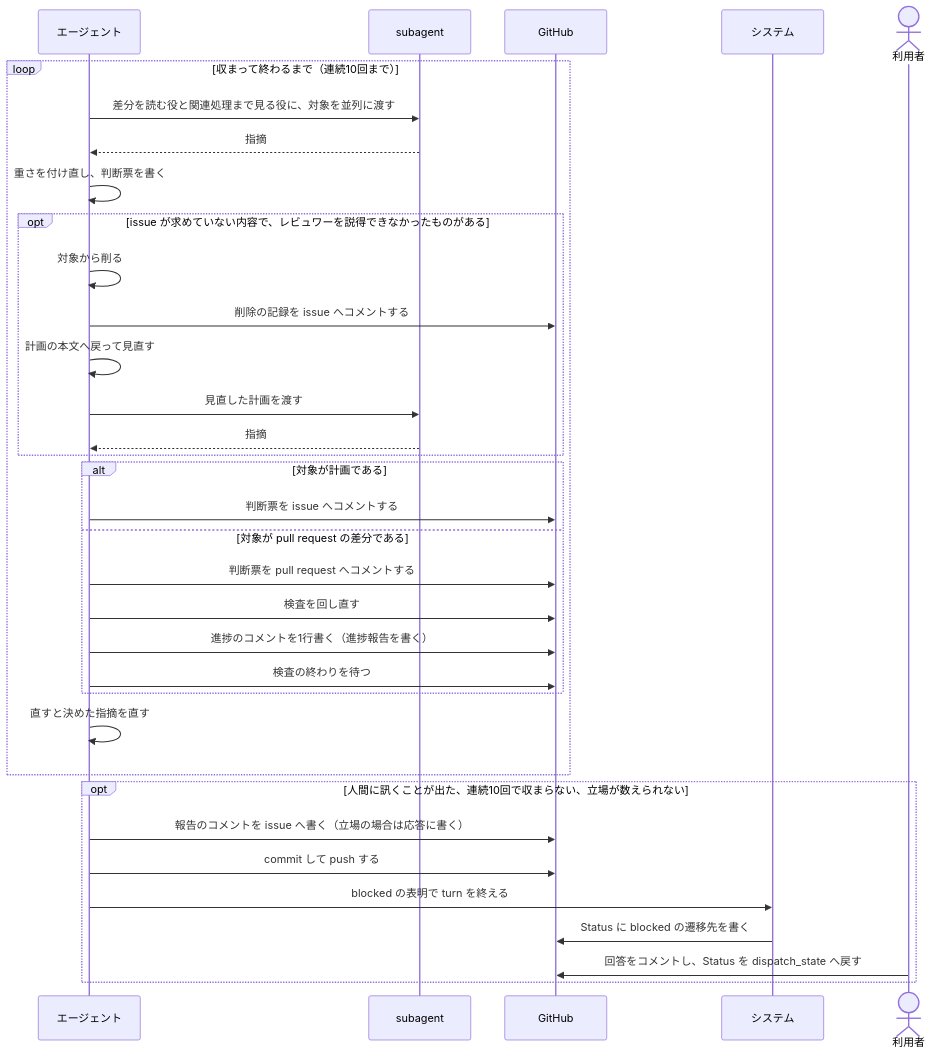
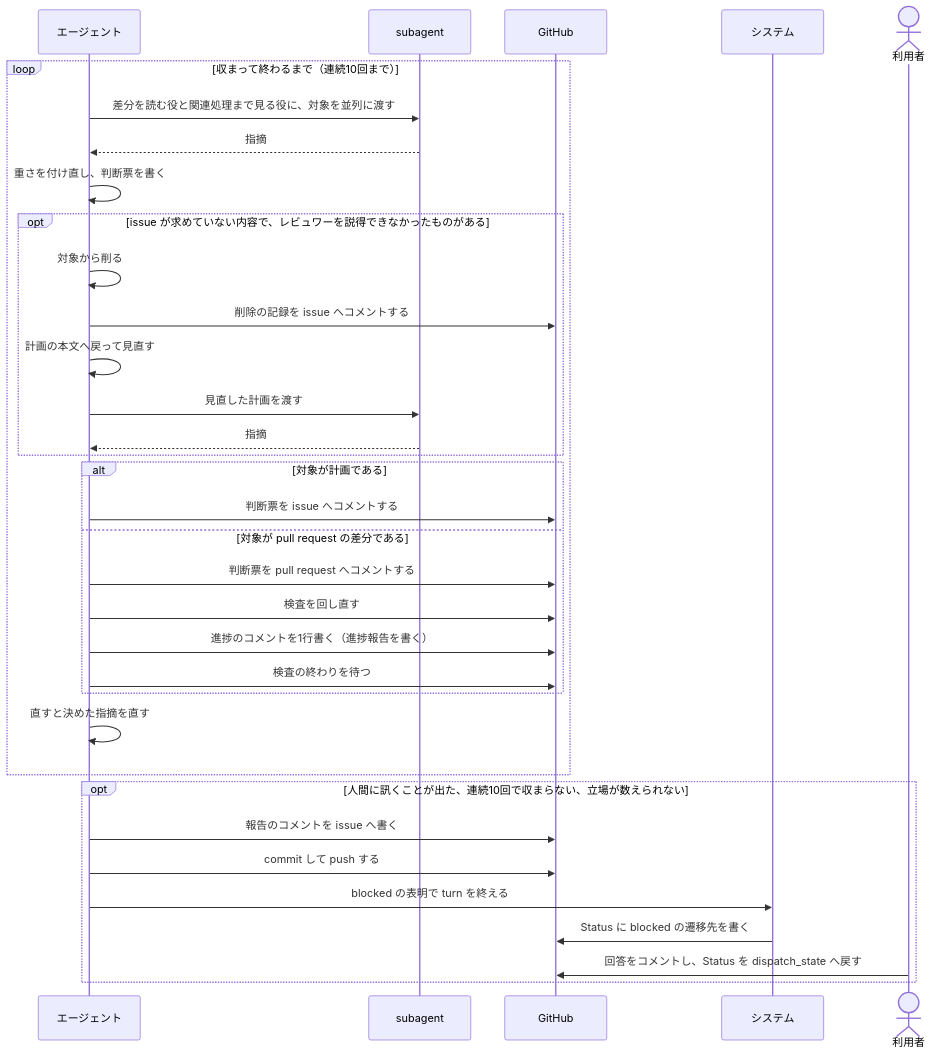
The first of 2 diagrams in docs/spec/usecases/particular_case/レビューを回す.rucm.md (maimuzo/continuo), drawn with Mermaid before and after one commit. The commit also changed other lines of this file and 12 other files, not shown here.

````diff
--- a/docs/spec/usecases/particular_case/レビューを回す.rucm.md
+++ b/docs/spec/usecases/particular_case/レビューを回す.rucm.md
@@ -133,37 +133,37 @@
 ```mermaid
 sequenceDiagram
     participant CC as エージェント
     participant SA as subagent
     participant GH as GitHub
     participant S as システム
     actor U as 利用者
 
     loop 収まって終わるまで（連続10回まで）
         CC->>SA: 差分を読む役と関連処理まで見る役に、対象を並列に渡す
         SA-->>CC: 指摘
         CC->>CC: 重さを付け直し、判断票を書く
         opt issue が求めていない内容で、レビュワーを説得できなかったものがある
             CC->>CC: 対象から削る
             CC->>GH: 削除の記録を issue へコメントする
             CC->>CC: 計画の本文へ戻って見直す
             CC->>SA: 見直した計画を渡す
             SA-->>CC: 指摘
         end
         alt 対象が計画である
             CC->>GH: 判断票を issue へコメントする
         else 対象が pull request の差分である
             CC->>GH: 判断票を pull request へコメントする
             CC->>GH: 検査を回し直す
             CC->>GH: 進捗のコメントを1行書く（進捗報告を書く）
             CC->>GH: 検査の終わりを待つ
         end
         CC->>CC: 直すと決めた指摘を直す
     end
     opt 人間に訊くことが出た、連続10回で収まらない、立場が数えられない
-        CC->>GH: 報告のコメントを issue へ書く（立場の場合は応答に書く）
+        CC->>GH: 報告のコメントを issue へ書く
         CC->>GH: commit して push する
         CC->>S: blocked の表明で turn を終える
         S->>GH: Status に blocked の遷移先を書く
         U->>GH: 回答をコメントし、Status を dispatch_state へ戻す
     end
 ```
````
